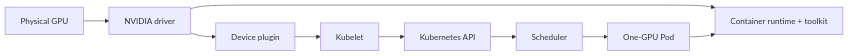
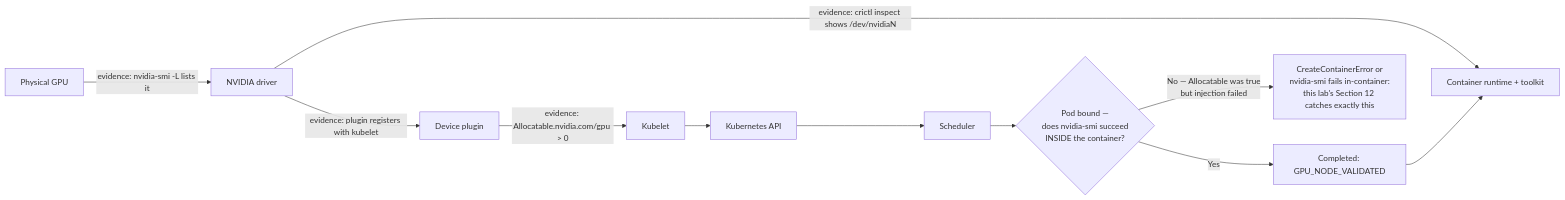
The diagram in docs/nvidia-zero-to-hero/volume-10/labs/lab-01-inspect-a-kubernetes-gpu-node.md (jithinpnjm/nvidia-devops), drawn with Mermaid before and after one commit. The commit also changed other lines of this file and 10 other files, not shown here.

````diff
--- a/docs/nvidia-zero-to-hero/volume-10/labs/lab-01-inspect-a-kubernetes-gpu-node.md
+++ b/docs/nvidia-zero-to-hero/volume-10/labs/lab-01-inspect-a-kubernetes-gpu-node.md
@@ -31,9 +31,11 @@
 ```mermaid
 flowchart LR
-  GPU[Physical GPU] --> Driver[NVIDIA driver]
-  Driver --> Runtime[Container runtime + toolkit]
-  Driver --> Plugin[Device plugin]
-  Plugin --> Kubelet --> API[Kubernetes API]
-  API --> Scheduler --> Pod[One-GPU Pod]
+  GPU[Physical GPU] -->|"evidence: nvidia-smi -L lists it"| Driver[NVIDIA driver]
+  Driver -->|"evidence: crictl inspect shows /dev/nvidiaN"| Runtime[Container runtime + toolkit]
+  Driver -->|"evidence: plugin registers with kubelet"| Plugin[Device plugin]
+  Plugin -->|"evidence: Allocatable.nvidia.com/gpu > 0"| Kubelet --> API[Kubernetes API]
+  API --> Scheduler --> Bound{"Pod bound —<br/>does nvidia-smi succeed<br/>INSIDE the container?"}
+  Bound -->|"Yes"| Pod[Completed: GPU_NODE_VALIDATED]
+  Bound -->|"No — Allocatable was true<br/>but injection failed"| Fail["CreateContainerError or<br/>nvidia-smi fails in-container:<br/>this lab's Section 12 catches exactly this"]
   Pod --> Runtime
 ```
````
